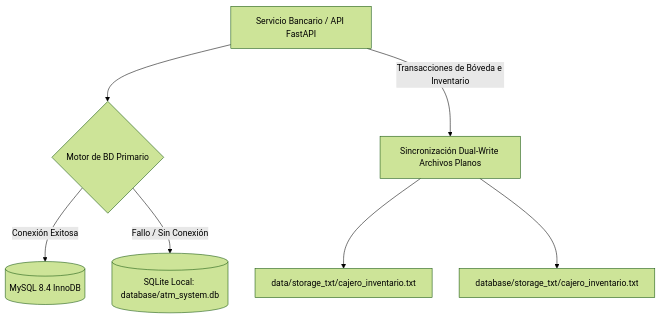
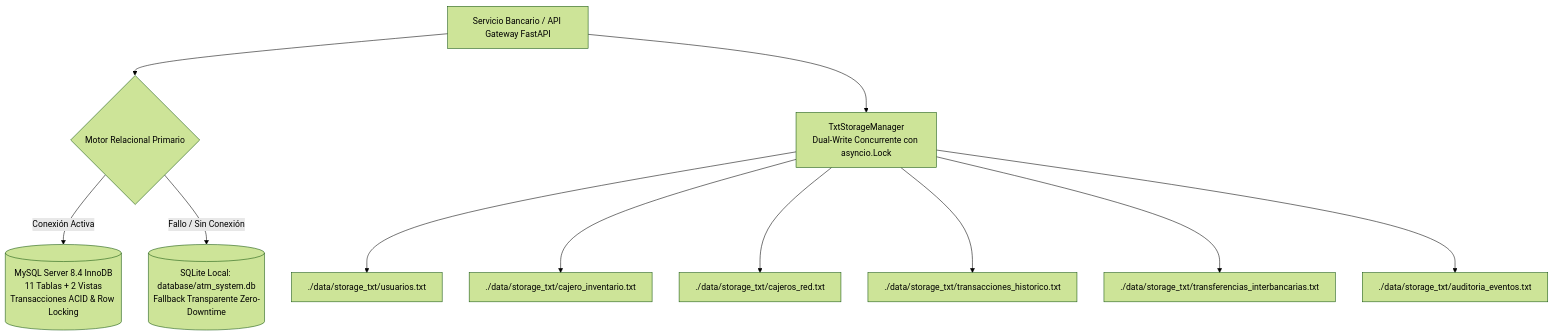
Before and after one commit to JotaProgra4119r/Sistema-De-Cajero: the first of 2 diagrams in docs/README_DATABASE.md, drawn with Mermaid (forest theme). The commit also changed other lines of this file and 4 other files, not shown here.

Commit message:
docs: actualizar documentacion a v2.2.0 con red multicajero, protocolo TCP/UDP y accesibilidad integral

````diff
--- a/docs/README_DATABASE.md
+++ b/docs/README_DATABASE.md
@@ -11,9 +14,14 @@
 ```mermaid
 graph TD
-    A[Servicio Bancario / API FastAPI] --> B{Motor de BD Primario}
-    B -->|Conexión Exitosa| C[(MySQL 8.4 InnoDB)]
-    B -->|Fallo / Sin Conexión| D[(SQLite Local: database/atm_system.db)]
-    A -->|Transacciones de Bóveda e Inventario| E[Sincronización Dual-Write Archivos Planos]
-    E --> F[data/storage_txt/cajero_inventario.txt]
-    E --> G[database/storage_txt/cajero_inventario.txt]
+    A[Servicio Bancario / API Gateway FastAPI] --> B{Motor Relacional Primario}
+    B -->|Conexión Activa| C[(MySQL Server 8.4 InnoDB\n11 Tablas + 2 Vistas\nTransacciones ACID & Row Locking)]
+    B -->|Fallo / Sin Conexión| D[(SQLite Local: database/atm_system.db\nFallback Transparente Zero-Downtime)]
+    
+    A --> E[TxtStorageManager\nDual-Write Concurrente con asyncio.Lock]
+    E --> F[./data/storage_txt/usuarios.txt]
+    E --> G[./data/storage_txt/cajero_inventario.txt]
+    E --> H[./data/storage_txt/cajeros_red.txt]
+    E --> I[./data/storage_txt/transacciones_historico.txt]
+    E --> J[./data/storage_txt/transferencias_interbancarias.txt]
+    E --> K[./data/storage_txt/auditoria_eventos.txt]
 ```
````
